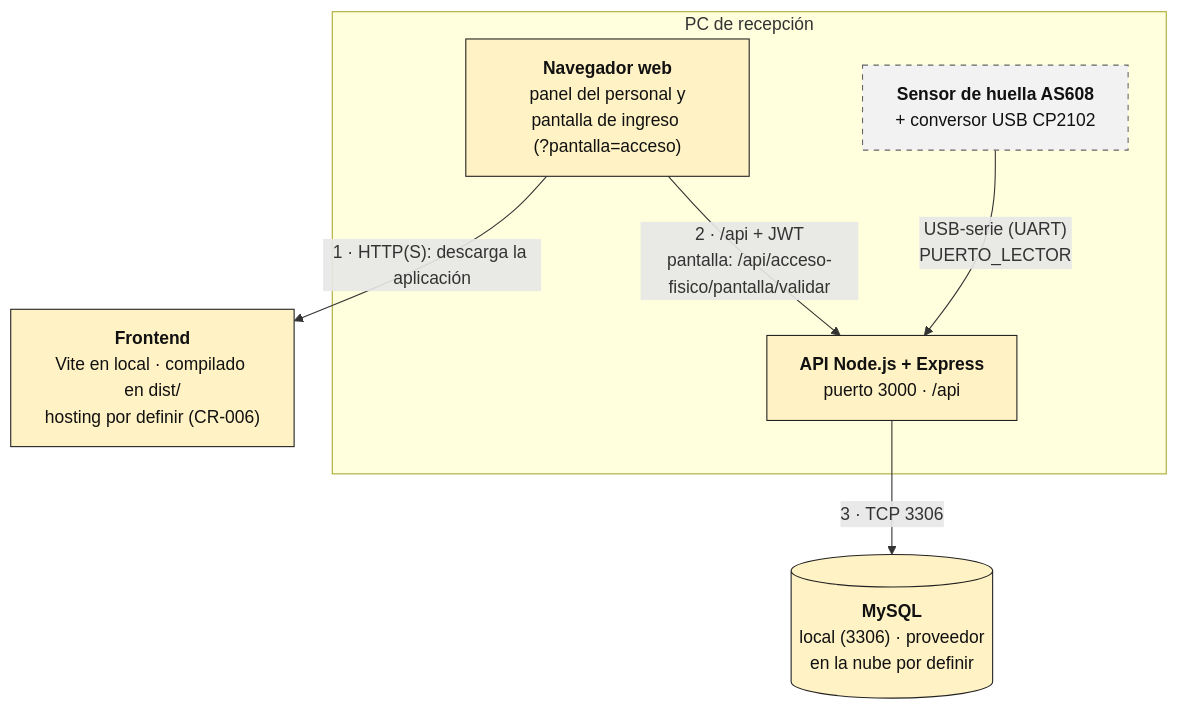
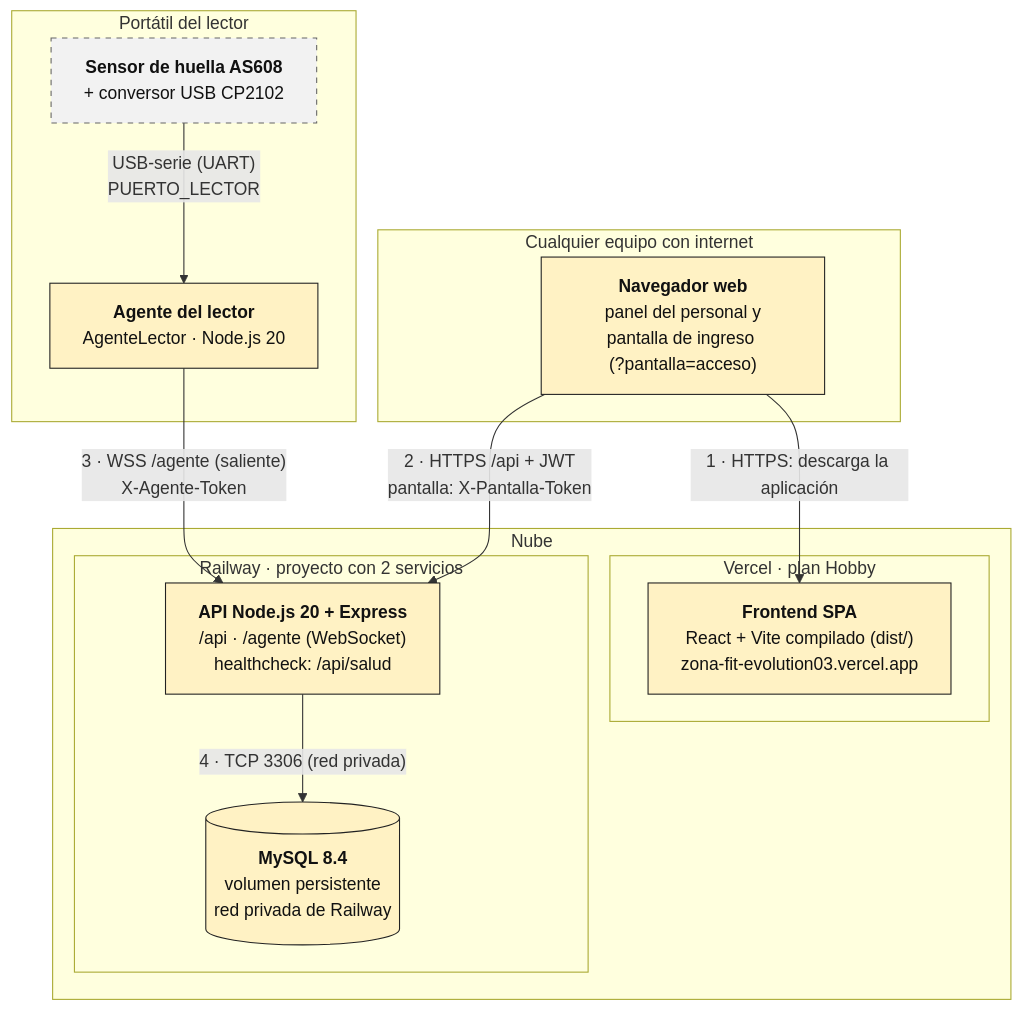
The diagram in docs/diagramas/despliegue.mmd (zonafitevolutionSENA/ZonaFitEvolution03), drawn with Mermaid before and after one commit. The commit also changed 5 other files, not shown here.

Commit message:
docs(diagramas): actualizar contenedores, componentes y despliegue con Vercel, Railway y el agente del lector

```diff
--- a/docs/diagramas/despliegue.mmd
+++ b/docs/diagramas/despliegue.mmd
@@ -1,16 +1,26 @@
-%% DIA-006 · Vista de despliegue (v1.2). Fuente del diagrama de docs/04-arquitectura.md
+%% DIA-006 · Vista de despliegue (v1.3). Fuente del diagrama de docs/04-arquitectura.md
 flowchart TB
-  subgraph pc["PC de recepción"]
+  subgraph nube["Nube"]
+    subgraph vercel["Vercel · plan Hobby"]
+      front["<b>Frontend SPA</b><br/>React + Vite compilado (dist/)<br/><span style='white-space:nowrap'>zona-fit-evolution03.vercel.app</span>"]:::sis
+    end
+    subgraph railway["Railway · proyecto con 2 servicios"]
+      api["<b>API Node.js 20 + Express</b><br/>/api · /agente (WebSocket)<br/>healthcheck: /api/salud"]:::sis
+      db[("<b>MySQL 8.4</b><br/>volumen persistente<br/>red privada de Railway")]:::sis
+    end
+  end
+  subgraph equipo["Cualquier equipo con internet"]
     nav["<b>Navegador web</b><br/>panel del personal y<br/>pantalla de ingreso (<span style='white-space:nowrap'>?pantalla=acceso</span>)"]:::sis
-    api["<b>API Node.js + Express</b><br/>puerto 3000 · /api"]:::sis
+  end
+  subgraph portatil["Portátil del lector"]
+    agente["<b>Agente del lector</b><br/>AgenteLector · Node.js 20"]:::sis
     sensor["<b>Sensor de huella AS608</b><br/>+ conversor USB CP2102"]:::hw
   end
-  front["<b>Frontend</b><br/>Vite en local · compilado en dist/<br/>hosting por definir (CR-006)"]:::sis
-  db[("<b>MySQL</b><br/>local (3306) · proveedor<br/>en la nube por definir")]:::sis
-  nav -- "1 · HTTP(S): descarga la aplicación" --> front
-  nav -- "2 · /api + JWT<br/>pantalla: /api/acceso-fisico/pantalla/validar" --> api
-  sensor -- "USB-serie (UART)<br/>PUERTO_LECTOR" --> api
-  api -- "3 · TCP 3306" --> db
+  nav -- "1 · HTTPS: descarga la aplicación" --> front
+  nav -- "2 · HTTPS /api + JWT<br/>pantalla: X-Pantalla-Token" --> api
+  agente -- "3 · WSS /agente (saliente)<br/>X-Agente-Token" --> api
+  sensor -- "USB-serie (UART)<br/>PUERTO_LECTOR" --> agente
+  api -- "4 · TCP 3306 (red privada)" --> db
   classDef sis fill:#FFF2C4,stroke:#222,stroke-width:1px,color:#111
   classDef actor fill:#1A1A1A,stroke:#1A1A1A,color:#FFFFFF
   classDef hw fill:#F2F2F2,stroke:#666,stroke-width:1px,stroke-dasharray:5 5,color:#111
```
